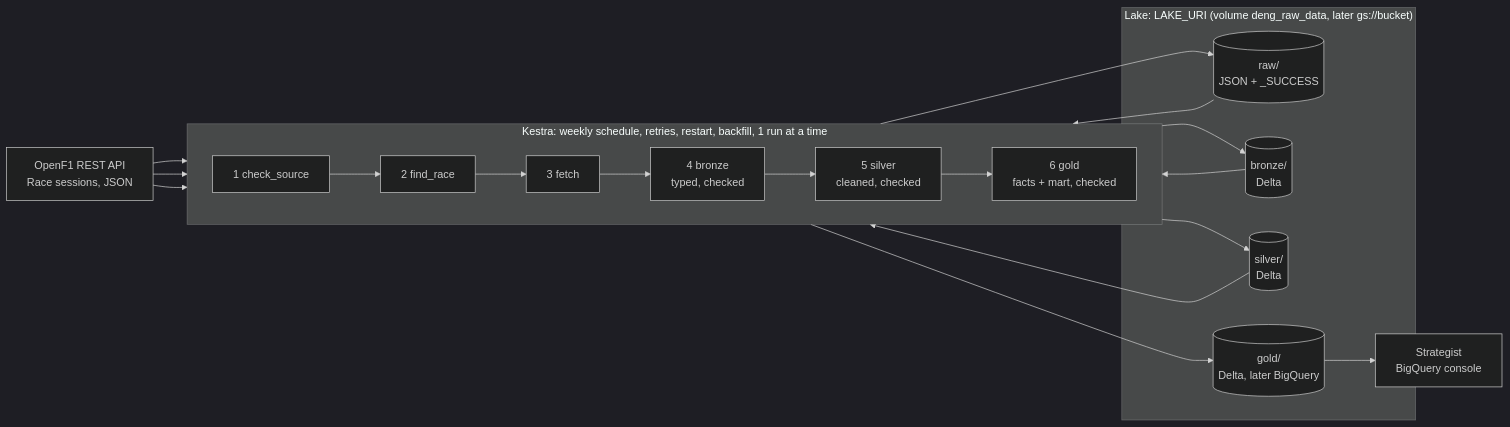
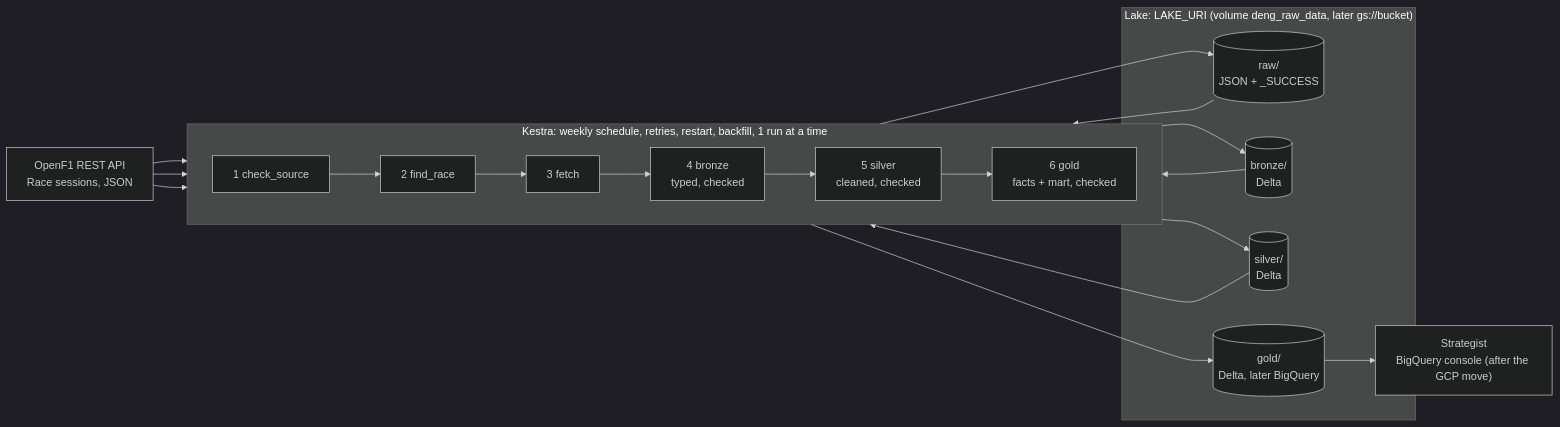
The diagram in README.md (FloHoliday/DENG), drawn with Mermaid (dark theme) before and after one commit. The commit also changed other lines of this file, not shown here.

````diff
--- a/README.md
+++ b/README.md
@@ -529,25 +533,25 @@
 ```mermaid
 flowchart LR
     source["OpenF1 REST API<br/>Race sessions, JSON"]
 
     subgraph kestra["Kestra: weekly schedule, retries, restart, backfill, 1 run at a time"]
         direction LR
         check["1 check_source"]
         find["2 find_race"]
         fetch["3 fetch"]
         bronze["4 bronze<br/>typed, checked"]
         silver["5 silver<br/>cleaned, checked"]
         gold["6 gold<br/>facts + mart, checked"]
         check --> find --> fetch --> bronze --> silver --> gold
     end
 
     subgraph lake["Lake: LAKE_URI (volume deng_raw_data, later gs://bucket)"]
         raw[("raw/<br/>JSON + _SUCCESS")]
         b[("bronze/<br/>Delta")]
         s[("silver/<br/>Delta")]
         g[("gold/<br/>Delta, later BigQuery")]
     end
-    user["Strategist<br/>BigQuery console"]
+    user["Strategist<br/>BigQuery console (after the GCP move)"]
     source --> check & find & fetch
     fetch --> raw --> bronze --> b --> silver --> s --> gold --> g --> user
 ```
````
